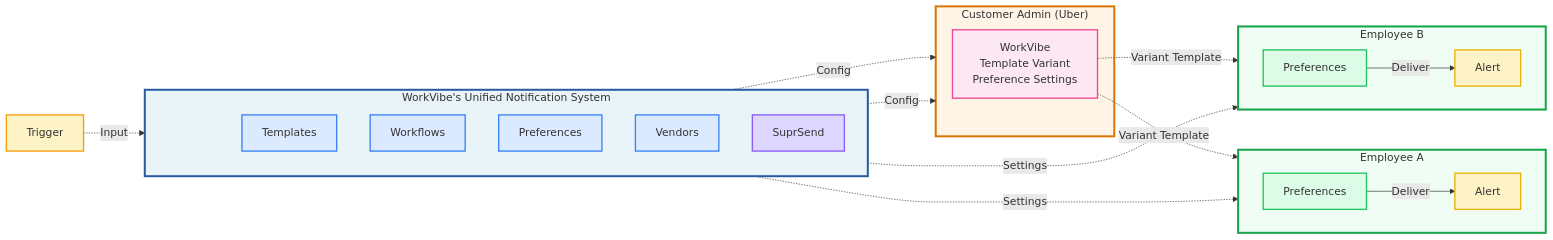
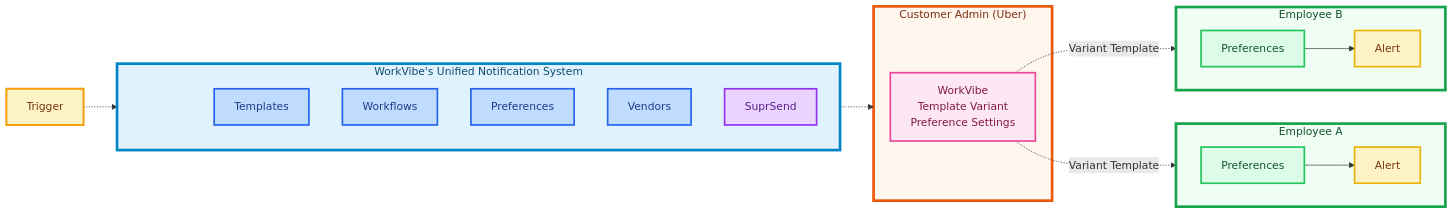
The diagram in docs/multi-tenant-modelling.mdx (ingdas/suprsend-documentation), drawn with Mermaid before and after one commit. The commit also changed other lines of this file, not shown here.

Commit message:
fix architecture

````diff
--- a/docs/multi-tenant-modelling.mdx
+++ b/docs/multi-tenant-modelling.mdx
@@ -31,59 +31,55 @@
 ```mermaid
 graph LR
     subgraph Unified["WorkVibe's Unified Notification System"]
         direction TB
         Spacer[ ]
         Templates[Templates]
         Workflows[Workflows]
         Preferences[Preferences]
         Vendors[Vendors]
         SuprSend[SuprSend]
     end
     
-    Trigger[Trigger] -.->|Input| Templates
+    Trigger[Trigger] -.-> Templates
     
     subgraph Admin["Customer Admin (Uber)"]
         WorkVibe[WorkVibe<br/>Template Variant<br/>Preference Settings]
     end
     
     subgraph EmpA["Employee A"]
         direction LR
         PrefsA[Preferences]
         AlertA[Alert]
     end
     
     subgraph EmpB["Employee B"]
         direction LR
         PrefsB[Preferences]
         AlertB[Alert]
     end
     
-    Templates -.->|Config| Admin
-    Vendors -.->|Config| Admin
-    
-    Preferences -.->|Settings| PrefsA
-    Preferences -.->|Settings| PrefsB
+    Unified -.-> Admin
     
     WorkVibe -.->|Variant Template| PrefsA
-    PrefsA -->|Deliver| AlertA
+    PrefsA --> AlertA
     
     WorkVibe -.->|Variant Template| PrefsB
-    PrefsB -->|Deliver| AlertB
+    PrefsB --> AlertB
     
-    style Unified fill:#e8f4f8,stroke:#2c5aa0,stroke-width:3px
-    style Admin fill:#fff4e6,stroke:#d97706,stroke-width:3px
-    style EmpA fill:#f0fdf4,stroke:#16a34a,stroke-width:3px
-    style EmpB fill:#f0fdf4,stroke:#16a34a,stroke-width:3px
-    style Trigger fill:#fef3c7,stroke:#f59e0b,stroke-width:2px
-    style Spacer fill:transparent,stroke:transparent,stroke-width:0px,height:20px
-    style Templates fill:#dbeafe,stroke:#3b82f6,stroke-width:2px
-    style Workflows fill:#dbeafe,stroke:#3b82f6,stroke-width:2px
-    style Preferences fill:#dbeafe,stroke:#3b82f6,stroke-width:2px
-    style Vendors fill:#dbeafe,stroke:#3b82f6,stroke-width:2px
-    style SuprSend fill:#ddd6fe,stroke:#8b5cf6,stroke-width:2px
-    style WorkVibe fill:#fce7f3,stroke:#ec4899,stroke-width:2px
-    style PrefsA fill:#dcfce7,stroke:#22c55e,stroke-width:2px
-    style PrefsB fill:#dcfce7,stroke:#22c55e,stroke-width:2px
-    style AlertA fill:#fef3c7,stroke:#eab308,stroke-width:2px
-    style AlertB fill:#fef3c7,stroke:#eab308,stroke-width:2px
+    style Unified fill:#e0f2fe,stroke:#0284c7,stroke-width:4px,color:#0c4a6e
+    style Admin fill:#fff7ed,stroke:#ea580c,stroke-width:4px,color:#7c2d12
+    style EmpA fill:#f0fdf4,stroke:#16a34a,stroke-width:4px,color:#14532d
+    style EmpB fill:#f0fdf4,stroke:#16a34a,stroke-width:4px,color:#14532d
+    style Trigger fill:#fef3c7,stroke:#f59e0b,stroke-width:3px,color:#78350f
+    style Spacer fill:transparent,stroke:transparent,stroke-width:0px
+    style Templates fill:#bfdbfe,stroke:#2563eb,stroke-width:2.5px,color:#1e3a8a
+    style Workflows fill:#bfdbfe,stroke:#2563eb,stroke-width:2.5px,color:#1e3a8a
+    style Preferences fill:#bfdbfe,stroke:#2563eb,stroke-width:2.5px,color:#1e3a8a
+    style Vendors fill:#bfdbfe,stroke:#2563eb,stroke-width:2.5px,color:#1e3a8a
+    style SuprSend fill:#e9d5ff,stroke:#9333ea,stroke-width:2.5px,color:#581c87
+    style WorkVibe fill:#fce7f3,stroke:#ec4899,stroke-width:2.5px,color:#831843
+    style PrefsA fill:#dcfce7,stroke:#22c55e,stroke-width:2.5px,color:#14532d
+    style PrefsB fill:#dcfce7,stroke:#22c55e,stroke-width:2.5px,color:#14532d
+    style AlertA fill:#fef3c7,stroke:#eab308,stroke-width:2.5px,color:#78350f
+    style AlertB fill:#fef3c7,stroke:#eab308,stroke-width:2.5px,color:#78350f
 ```
````
